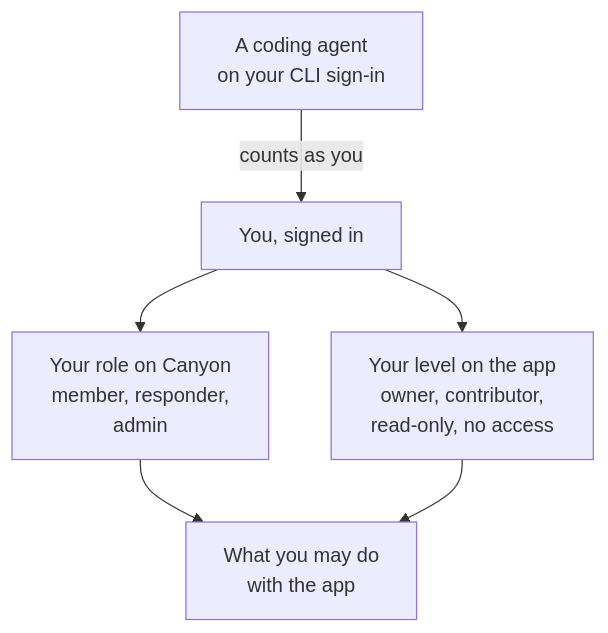
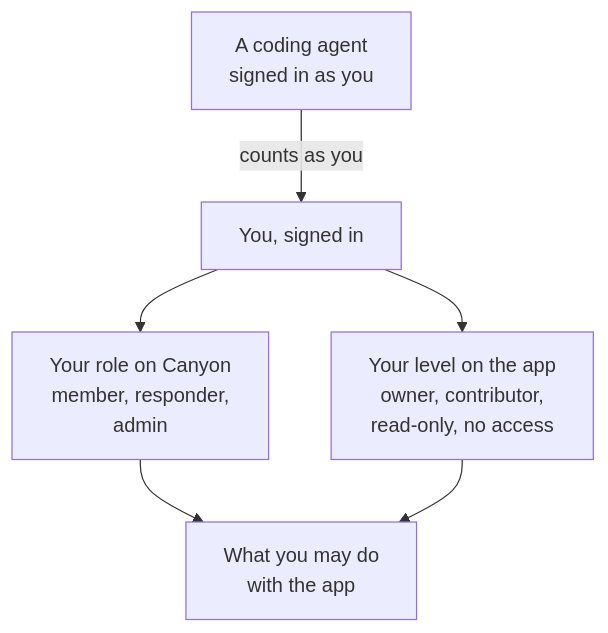
The diagram in docs/src/content/docs/org/who-can-do-what.md (getcanyon-ai/canyon), drawn with Mermaid before and after one commit. The commit also changed other lines of this file and 12 other files, not shown here.

````diff
--- a/docs/src/content/docs/org/who-can-do-what.md
+++ b/docs/src/content/docs/org/who-can-do-what.md
@@ -22,13 +22,13 @@
 ```mermaid title="Who may do what: a role on Canyon, a level on each app, and an agent that counts as its person"
 flowchart TD
-  agent["A coding agent<br>on your CLI sign-in"]
+  agent["A coding agent<br>signed in as you"]
   person["You, signed in"]:::person
   role["Your role on Canyon<br>member, responder,<br>admin"]
   level["Your level on the app<br>owner, contributor,<br>read-only, no access"]
   decision["What you may do<br>with the app"]:::canyon
   agent -->|"counts as you"| person
   person --> role
   person --> level
   role --> decision
   level --> decision
 ```
````
